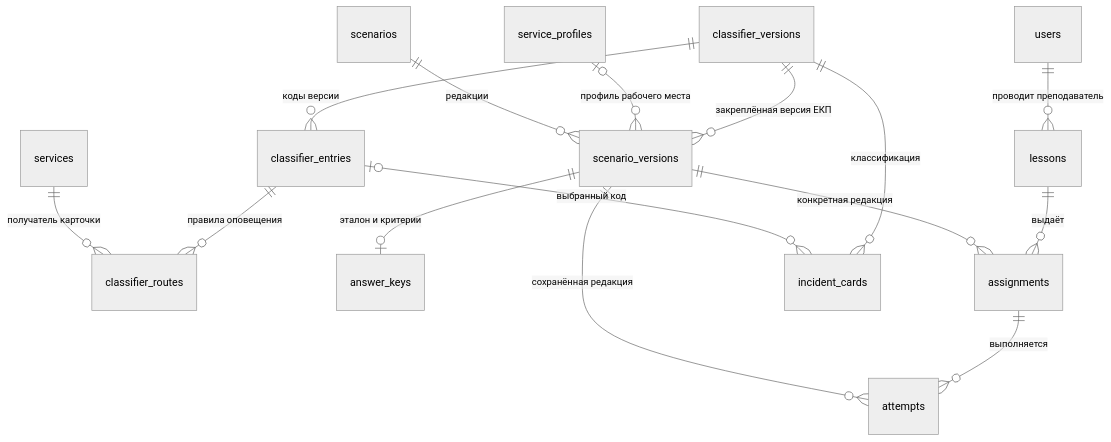
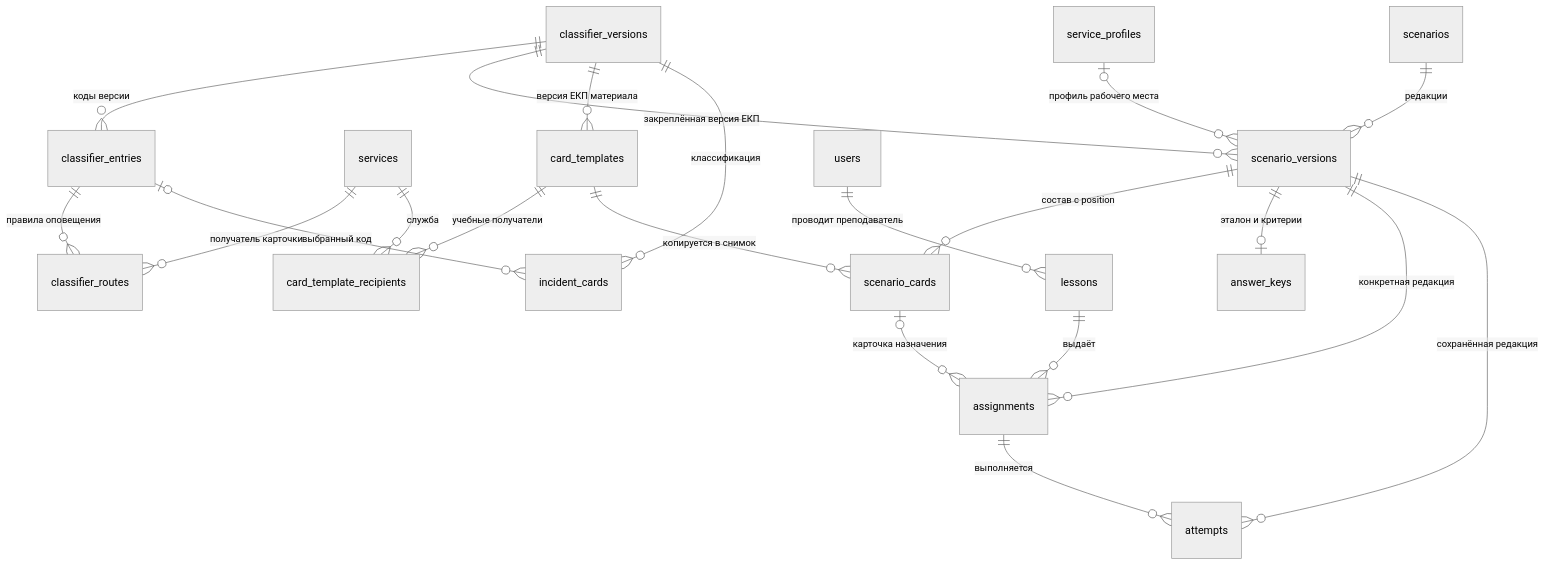
One commit to LewFdtnkv/112-system changed the third of 4 diagrams in 112-backend/docs/DATABASE_SCHEMA.md. Above: the diagram before and after it, drawn with Mermaid (neutral theme). The commit also changed other lines of this file and 23 other files, not shown here.

````diff
--- a/112-backend/docs/DATABASE_SCHEMA.md
+++ b/112-backend/docs/DATABASE_SCHEMA.md
@@ -105,17 +111,23 @@
 ```mermaid
 erDiagram
     classifier_versions ||--o{ classifier_entries : "коды версии"
     classifier_entries ||--o{ classifier_routes : "правила оповещения"
     services ||--o{ classifier_routes : "получатель карточки"
     classifier_versions ||--o{ scenario_versions : "закреплённая версия ЕКП"
+    classifier_versions ||--o{ card_templates : "версия ЕКП материала"
+    card_templates ||--o{ card_template_recipients : "учебные получатели"
+    services ||--o{ card_template_recipients : "служба"
+    card_templates ||--o{ scenario_cards : "копируется в снимок"
+    scenario_versions ||--o{ scenario_cards : "состав с position"
+    scenario_cards o|--o{ assignments : "карточка назначения"
     service_profiles o|--o{ scenario_versions : "профиль рабочего места"
     scenarios ||--o{ scenario_versions : "редакции"
     scenario_versions ||--o| answer_keys : "эталон и критерии"
     users ||--o{ lessons : "проводит преподаватель"
     lessons ||--o{ assignments : "выдаёт"
     scenario_versions ||--o{ assignments : "конкретная редакция"
     assignments ||--o{ attempts : "выполняется"
     scenario_versions ||--o{ attempts : "сохранённая редакция"
     classifier_versions ||--o{ incident_cards : "классификация"
     classifier_entries o|--o{ incident_cards : "выбранный код"
 ```
````
